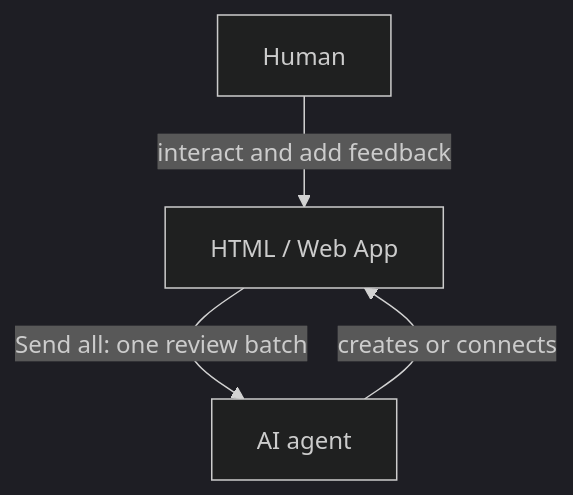
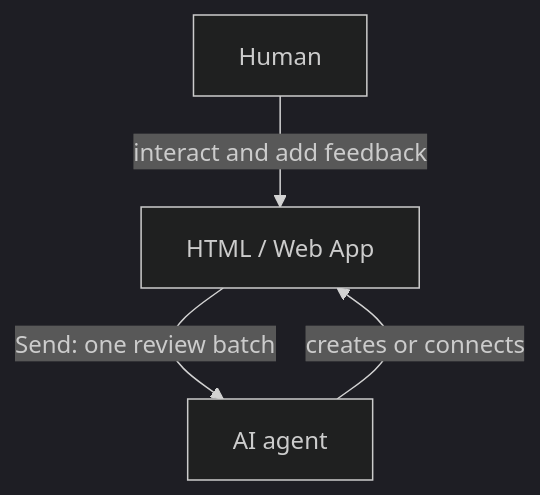
Before and after one commit to souljorje/humagent: the diagram in README.md, drawn with Mermaid (dark theme). The commit also changed other lines of this file and 13 other files, not shown here.

````diff
--- a/README.md
+++ b/README.md
@@ -8,9 +8,9 @@
 ```mermaid
 flowchart TB
   I["HTML / Web App"]
   A["AI agent"]
   H["Human"]
   A -->|"creates or connects"| I
-  I -->|"Send all: one review batch"| A
+  I -->|"Send: one review batch"| A
   H -->|"interact and add feedback"| I
 ```
````
